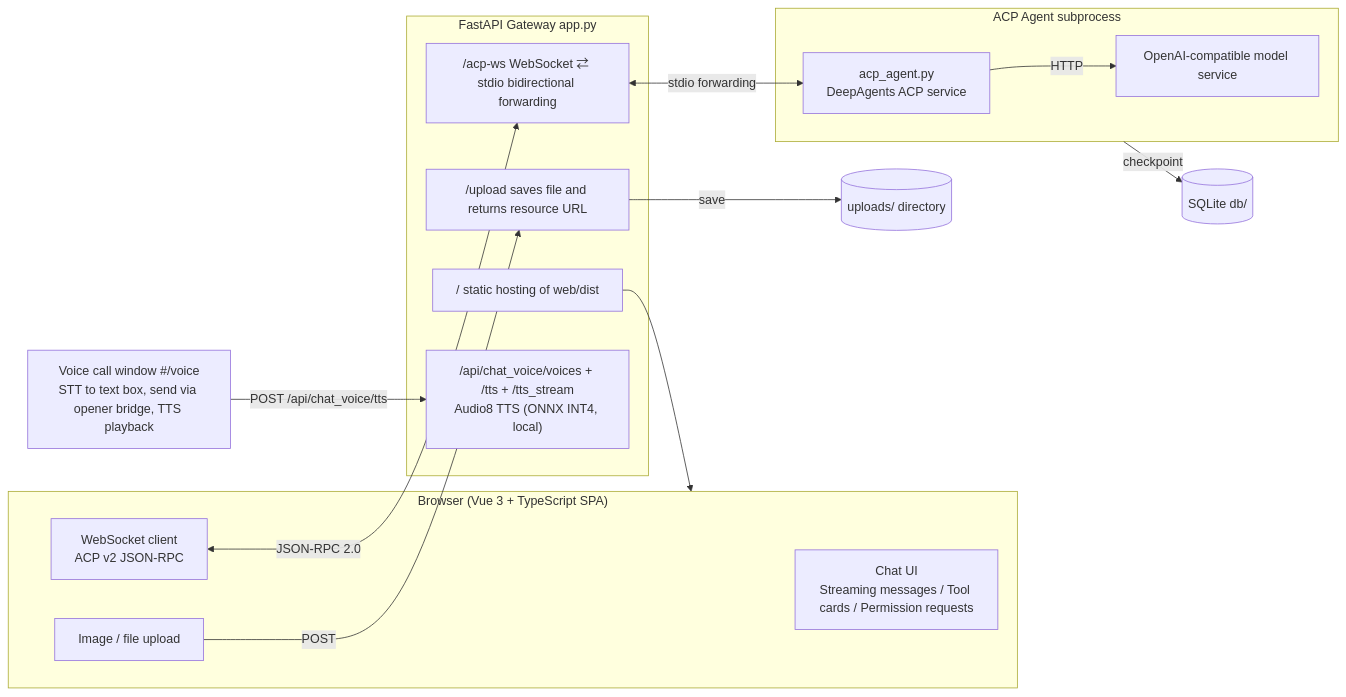
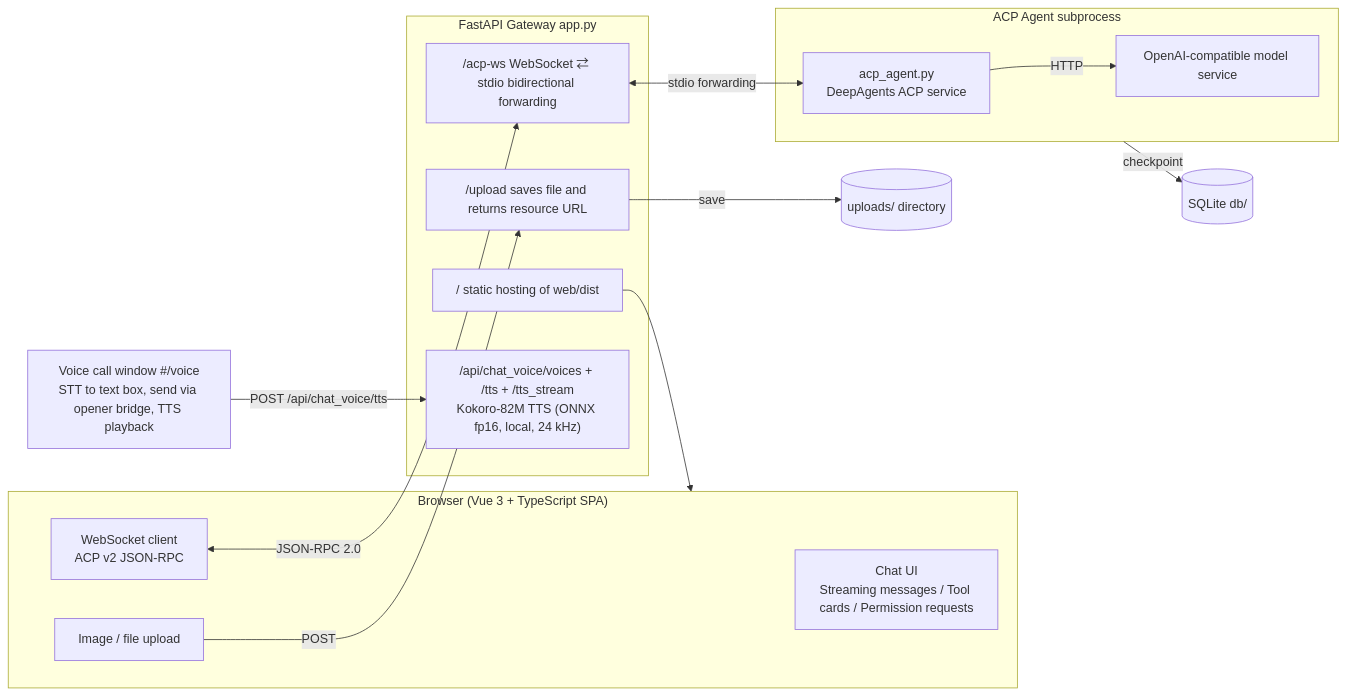
One commit to cq-zhangjw/deepagents-acp-demo-mvp changed the diagram in README.md. Above: the diagram before and after it, drawn with Mermaid. The commit also changed other lines of this file and 6 other files, not shown here.

First line of the commit message:
feat(tts): 将语音合成引擎从 Audio8 切换为 Kokoro-82M (ONNX fp16)

````diff
--- a/README.md
+++ b/README.md
@@ -19,29 +19,29 @@
 ```mermaid
 flowchart LR
   subgraph Browser["Browser (Vue 3 + TypeScript SPA)"]
     UI[Chat UI<br/>Streaming messages / Tool cards / Permission requests]
     Upload[Image / file upload]
     WSClient[WebSocket client<br/>ACP v2 JSON-RPC]
   end
 
   subgraph Gateway["FastAPI Gateway app.py"]
     UploadAPI["/upload saves file and returns resource URL"]
     WSProxy["/acp-ws WebSocket ⇄ stdio bidirectional forwarding"]
     Static["/ static hosting of web/dist"]
-    VoiceAPI["/api/chat_voice/voices + /tts + /tts_stream<br/>Audio8 TTS (ONNX INT4, local)"]
+    VoiceAPI["/api/chat_voice/voices + /tts + /tts_stream<br/>Kokoro-82M TTS (ONNX fp16, local, 24 kHz)"]
   end
 
   subgraph Agent["ACP Agent subprocess"]
     ACP["acp_agent.py<br/>DeepAgents ACP service"]
     Model["OpenAI-compatible model service"]
   end
 
   Upload -->|POST| UploadAPI
   UploadAPI -->|save| Storage[("uploads/ directory")]
   Voice[Voice call window #/voice<br/>STT to text box, send via opener bridge, TTS playback] -->|POST /api/chat_voice/tts| VoiceAPI
   WSClient <-->|JSON-RPC 2.0| WSProxy
   WSProxy <-->|stdio forwarding| ACP
   ACP -->|HTTP| Model
   Static --> Browser
   Agent -->|checkpoint| DB[("SQLite db/")]
 ```
````
